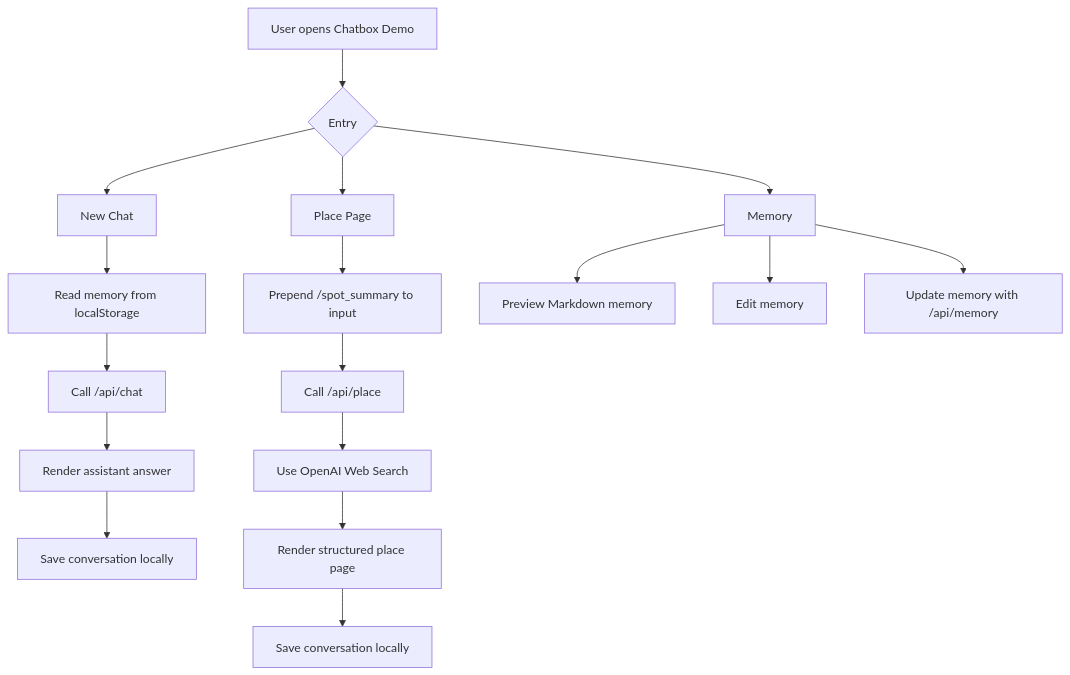
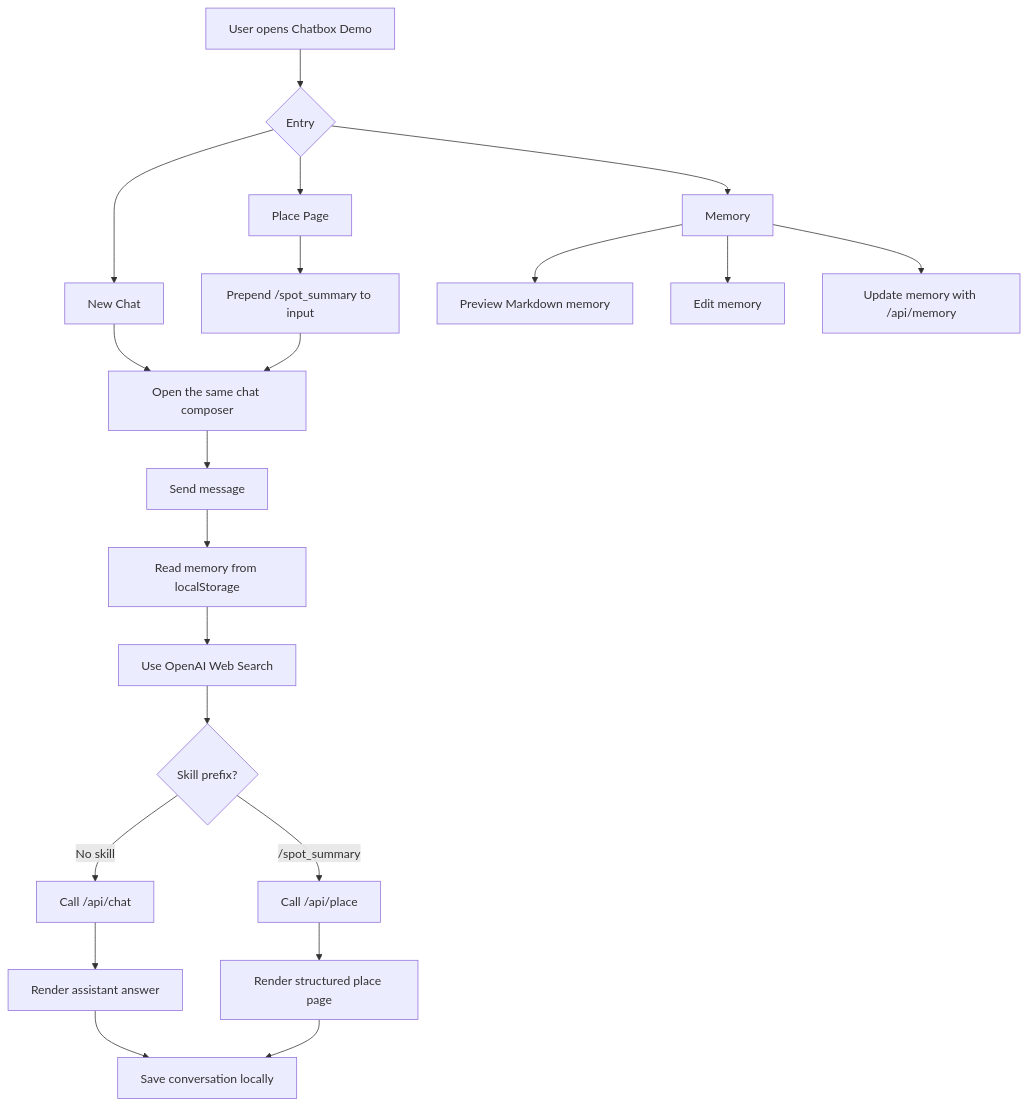
The first of 2 diagrams in README.md (dragonwang71/chatbox-demo), drawn with Mermaid before and after one commit. The commit also changed other lines of this file and 3 other files, not shown here.

Commit message:
Unify chat and skill flow

````diff
--- a/README.md
+++ b/README.md
@@ -51,22 +51,26 @@
 ```mermaid
 flowchart TD
   A["User opens Chatbox Demo"] --> B{"Entry"}
   B --> C["New Chat"]
   B --> D["Place Page"]
   B --> E["Memory"]
 
-  C --> C1["Read memory from localStorage"]
-  C1 --> C2["Call /api/chat"]
-  C2 --> C3["Render assistant answer"]
-  C3 --> C4["Save conversation locally"]
+  C --> F["Open the same chat composer"]
+  D --> D1["Prepend /spot_summary to input"]
+  D1 --> F
 
-  D --> D1["Prepend /spot_summary to input"]
-  D1 --> D2["Call /api/place"]
-  D2 --> D3["Use OpenAI Web Search"]
-  D3 --> D4["Render structured place page"]
-  D4 --> D5["Save conversation locally"]
+  F --> G["Send message"]
+  G --> H["Read memory from localStorage"]
+  H --> I["Use OpenAI Web Search"]
+  I --> J{"Skill prefix?"}
+  J -->|No skill| K["Call /api/chat"]
+  J -->|/spot_summary| L["Call /api/place"]
+  K --> M["Render assistant answer"]
+  L --> N["Render structured place page"]
+  M --> O["Save conversation locally"]
+  N --> O
 
   E --> E1["Preview Markdown memory"]
   E --> E2["Edit memory"]
   E --> E3["Update memory with /api/memory"]
 ```
````
